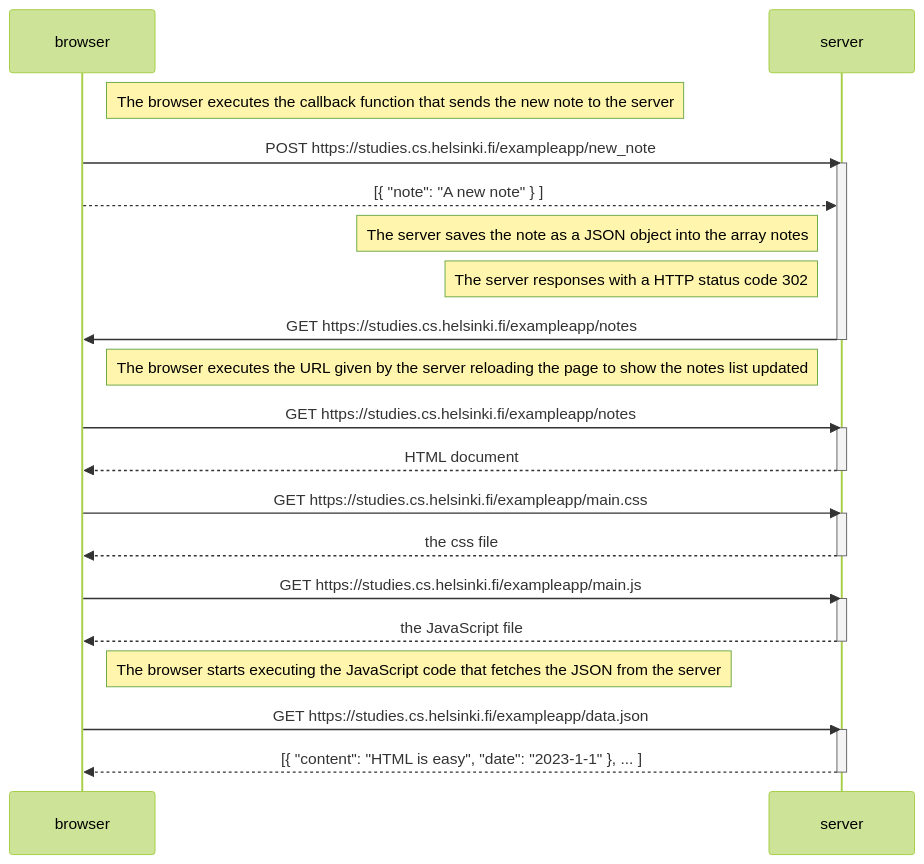
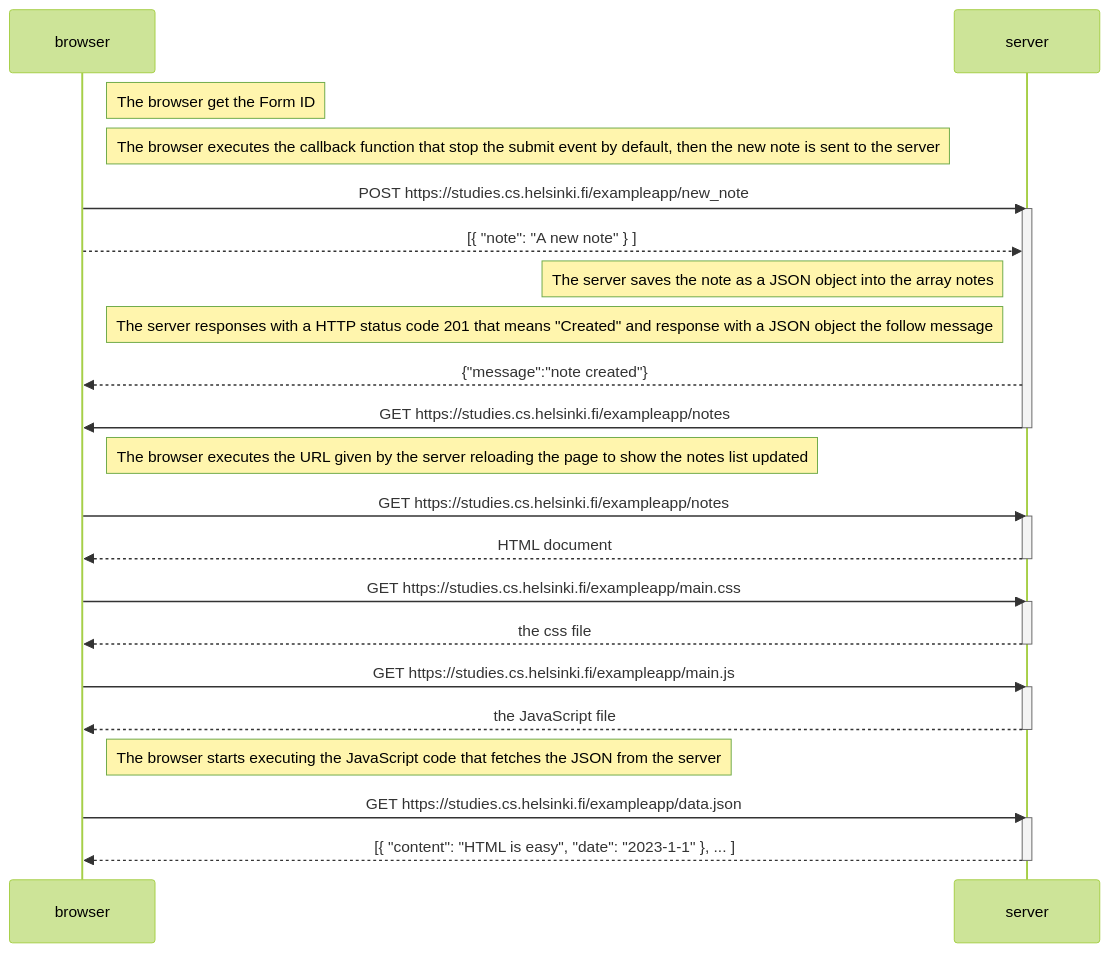
Before and after one commit to claudiainbytes/fullstackopen: the diagram in part0/05.md, drawn with Mermaid (forest theme).

````diff
--- a/part0/05.md
+++ b/part0/05.md
@@ -1,43 +1,47 @@
 ```mermaid
 sequenceDiagram
     participant browser
     participant server
 
-    Note right of browser: The browser executes the callback function that sends the new note to the server
+    Note right of browser: The browser get the Form ID
+
+    Note right of browser: The browser executes the callback function that stop the submit event by default, then the new note is sent to the server
 
     browser->>server: POST https://studies.cs.helsinki.fi/exampleapp/new_note
     activate server
 
     browser-->>server: [{ "note": "A new note" } ]
 
     Note left of server: The server saves the note as a JSON object into the array notes
 
-    Note left of server:  The server responses with a HTTP status code 302
+    Note left of server:  The server responses with a HTTP status code 201 that means "Created" and response with a JSON object the follow message
+
+    server-->>browser: {"message":"note created"}
 
     server->>browser: GET https://studies.cs.helsinki.fi/exampleapp/notes
     deactivate server
 
     Note right of browser: The browser executes the URL given by the server reloading the page to show the notes list updated
 
     browser->>server: GET https://studies.cs.helsinki.fi/exampleapp/notes
     activate server
     server-->>browser: HTML document
     deactivate server
 
     browser->>server: GET https://studies.cs.helsinki.fi/exampleapp/main.css
     activate server
     server-->>browser: the css file
     deactivate server
 
     browser->>server: GET https://studies.cs.helsinki.fi/exampleapp/main.js
     activate server
     server-->>browser: the JavaScript file
     deactivate server
 
     Note right of browser: The browser starts executing the JavaScript code that fetches the JSON from the server
 
     browser->>server: GET https://studies.cs.helsinki.fi/exampleapp/data.json
     activate server
     server-->>browser: [{ "content": "HTML is easy", "date": "2023-1-1" }, ... ]
     deactivate server
 ```
````
